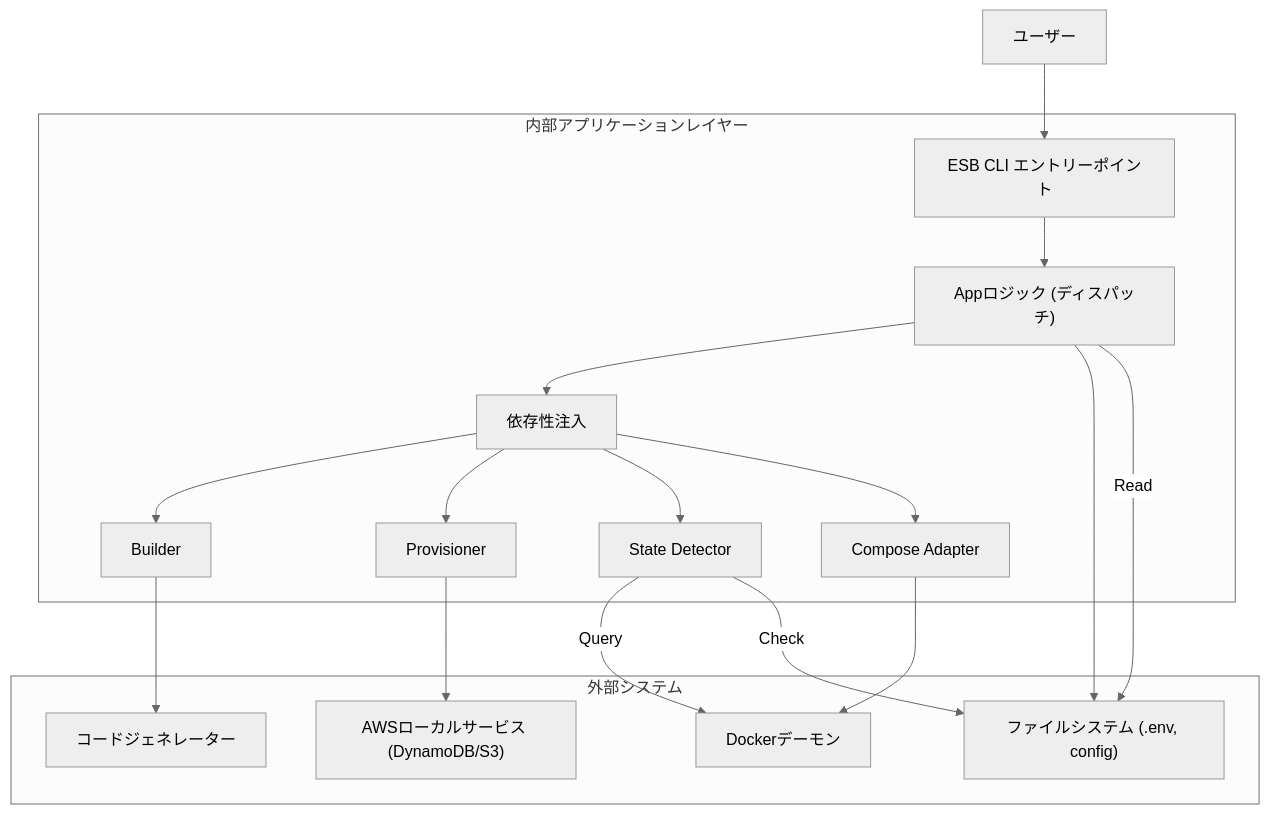
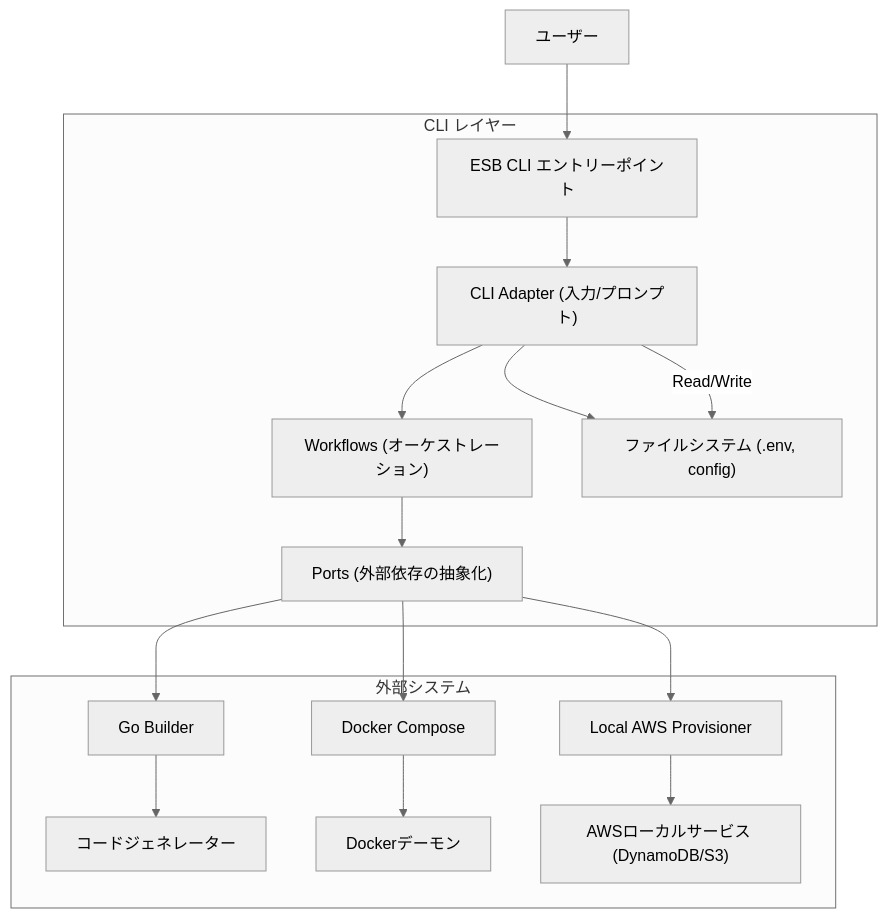
The first of 3 diagrams in docs/architecture.md (poruru-code/esb-cli), drawn with Mermaid (neutral theme) before and after one commit. The commit also changed other lines of this file and 9 other files, not shown here.

Commit message:
CLI docs: workflows/ports 反映

````diff
--- a/docs/architecture.md
+++ b/docs/architecture.md
@@ -11,25 +11,22 @@
 ```mermaid
 graph TD
     User[ユーザー] --> CLI[ESB CLI エントリーポイント]
 
-    subgraph "内部アプリケーションレイヤー"
-        CLI --> App["Appロジック (ディスパッチ)"]
-        App --> Dependencies[依存性注入]
-
-        Dependencies --> Builder[Builder]
-        Dependencies --> Provisioner[Provisioner]
-        Dependencies --> StateDetector[State Detector]
-        Dependencies --> ComposeAdapter[Compose Adapter]
+    subgraph "CLI レイヤー"
+        CLI --> App["CLI Adapter (入力/プロンプト)"]
+        App --> Workflows["Workflows (オーケストレーション)"]
+        Workflows --> Ports["Ports (外部依存の抽象化)"]
+        App --> ConfigFS["ファイルシステム (.env, config)"]
     end
 
     subgraph "外部システム"
+        Ports --> Builder[Go Builder]
+        Ports --> Compose[Docker Compose]
+        Ports --> Provisioner[Local AWS Provisioner]
         Builder --> Gen[コードジェネレーター]
-        ComposeAdapter --> Docker[Dockerデーモン]
+        Compose --> Docker[Dockerデーモン]
         Provisioner --> AWS["AWSローカルサービス (DynamoDB/S3)"]
-        App --> FS["ファイルシステム (.env, config)"]
     end
 
-    App -->|Read| FS
-    StateDetector -->|Query| Docker
-    StateDetector -->|Check| FS
+    App -->|Read/Write| ConfigFS
 ```
````
